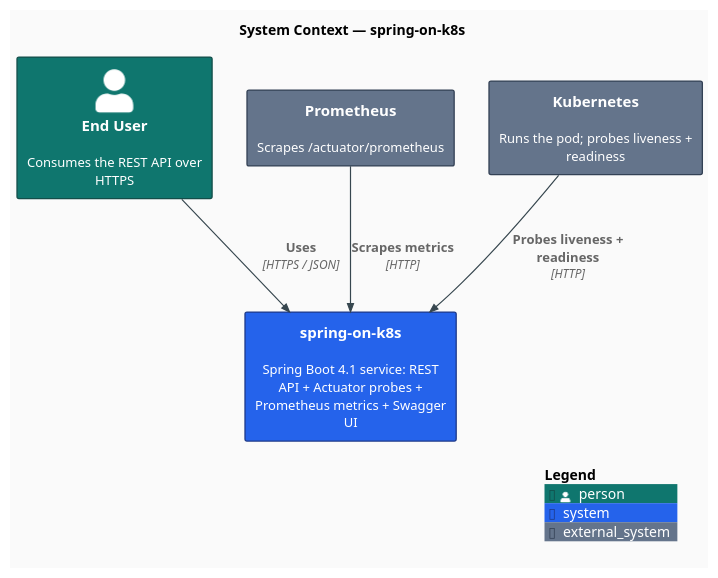
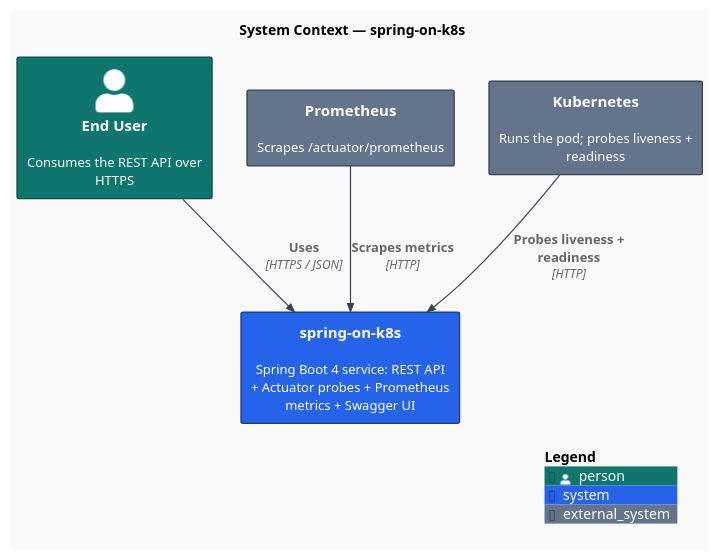
One commit to AndriyKalashnykov/spring-on-k8s changed the diagram in docs/diagrams/c4-context.puml. Above: the diagram before and after it, drawn with PlantUML. The commit also changed 11 other files, not shown here.

First line of the commit message:
chore: gate stale CVE overrides, isolate diagram bumps, drop rotting versions from docs (#356)

```diff
--- a/docs/diagrams/c4-context.puml
+++ b/docs/diagrams/c4-context.puml
@@ -1,30 +1,30 @@
 @startuml c4-context
 !include https://raw.githubusercontent.com/plantuml-stdlib/C4-PlantUML/v2.14.0/C4_Context.puml
 
 ' Modern flat styling: no shadows, sharper corners, clean sans-serif, modern palette.
 skinparam backgroundColor #FAFAFA
 skinparam shadowing false
 skinparam roundCorner 4
 skinparam defaultFontName "Inter, Helvetica, Arial, sans-serif"
 skinparam defaultFontSize 13
 skinparam ArrowColor #37474F
 skinparam ArrowThickness 1.2
 skinparam rectangleBorderThickness 1.3
 
 UpdateElementStyle("person",     $fontColor="#FFFFFF", $bgColor="#0F766E", $borderColor="#134E4A")
 UpdateElementStyle("system",     $fontColor="#FFFFFF", $bgColor="#2563EB", $borderColor="#1E3A8A")
 UpdateElementStyle("external_system", $fontColor="#FFFFFF", $bgColor="#64748B", $borderColor="#334155")
 
 title System Context — spring-on-k8s
 
 Person(user, "End User", "Consumes the REST API over HTTPS")
-System(sys, "spring-on-k8s", "Spring Boot 4.1 service: REST API + Actuator probes + Prometheus metrics + Swagger UI")
+System(sys, "spring-on-k8s", "Spring Boot 4 service: REST API + Actuator probes + Prometheus metrics + Swagger UI")
 System_Ext(prom, "Prometheus", "Scrapes /actuator/prometheus")
 System_Ext(k8s, "Kubernetes", "Runs the pod; probes liveness + readiness")
 
 Rel(user, sys, "Uses", "HTTPS / JSON")
 Rel(prom, sys, "Scrapes metrics", "HTTP")
 Rel(k8s, sys, "Probes liveness + readiness", "HTTP")
 
 SHOW_LEGEND()
 @enduml
```
